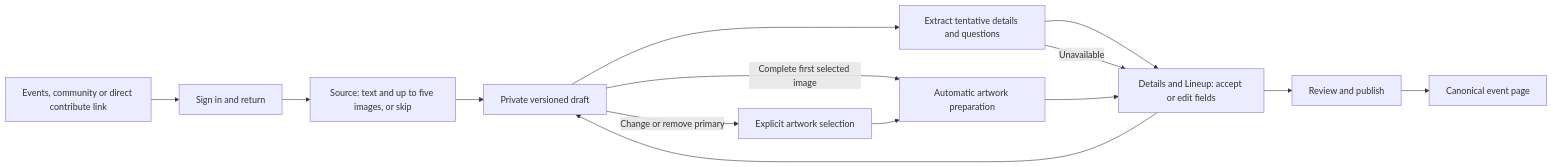
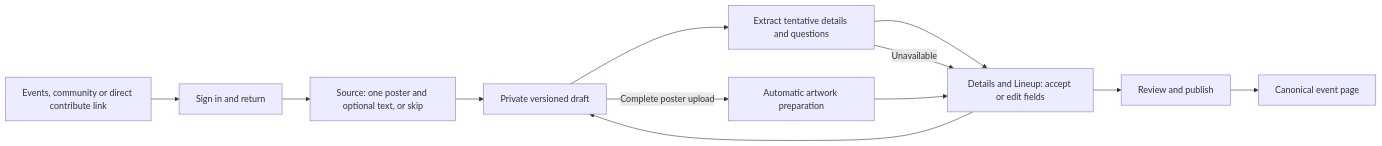
The diagram in docs/backend/event-intake-sources.md (BASIC-BIT/VRDex), drawn with Mermaid before and after one commit. The commit also changed other lines of this file and 30 other files, not shown here.

Commit message:
Simplify event intake to one poster

````diff
--- a/docs/backend/event-intake-sources.md
+++ b/docs/backend/event-intake-sources.md
@@ -102,16 +90,14 @@
 ```mermaid
 flowchart LR
   A[Events, community or direct contribute link] --> B[Sign in and return]
-  B --> C[Source: text and up to five images, or skip]
+  B --> C[Source: one poster and optional text, or skip]
   C --> D[Private versioned draft]
   D --> E[Extract tentative details and questions]
   E --> F[Details and Lineup: accept or edit fields]
   E -->|Unavailable| F
-  D -->|Complete first selected image| G[Automatic artwork preparation]
-  D -->|Change or remove primary| J[Explicit artwork selection]
-  J --> G
+  D -->|Complete poster upload| G[Automatic artwork preparation]
   G --> F
   F --> D
   F --> H[Review and publish]
   H --> I[Canonical event page]
 ```
````
